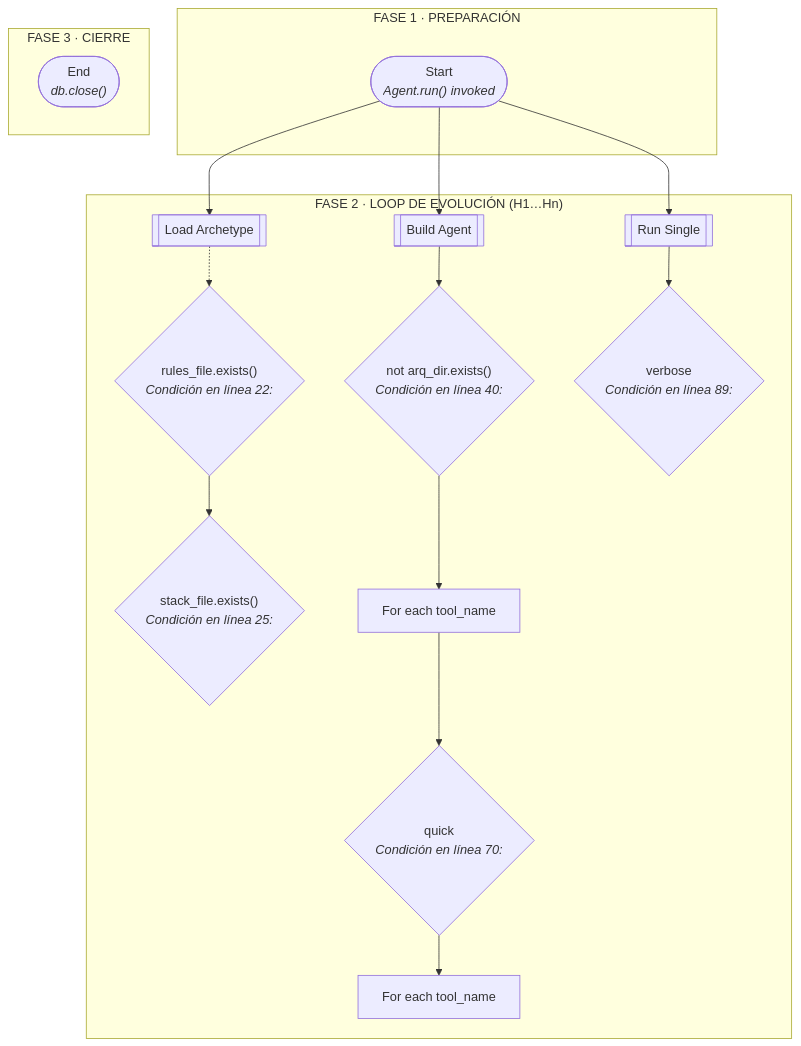
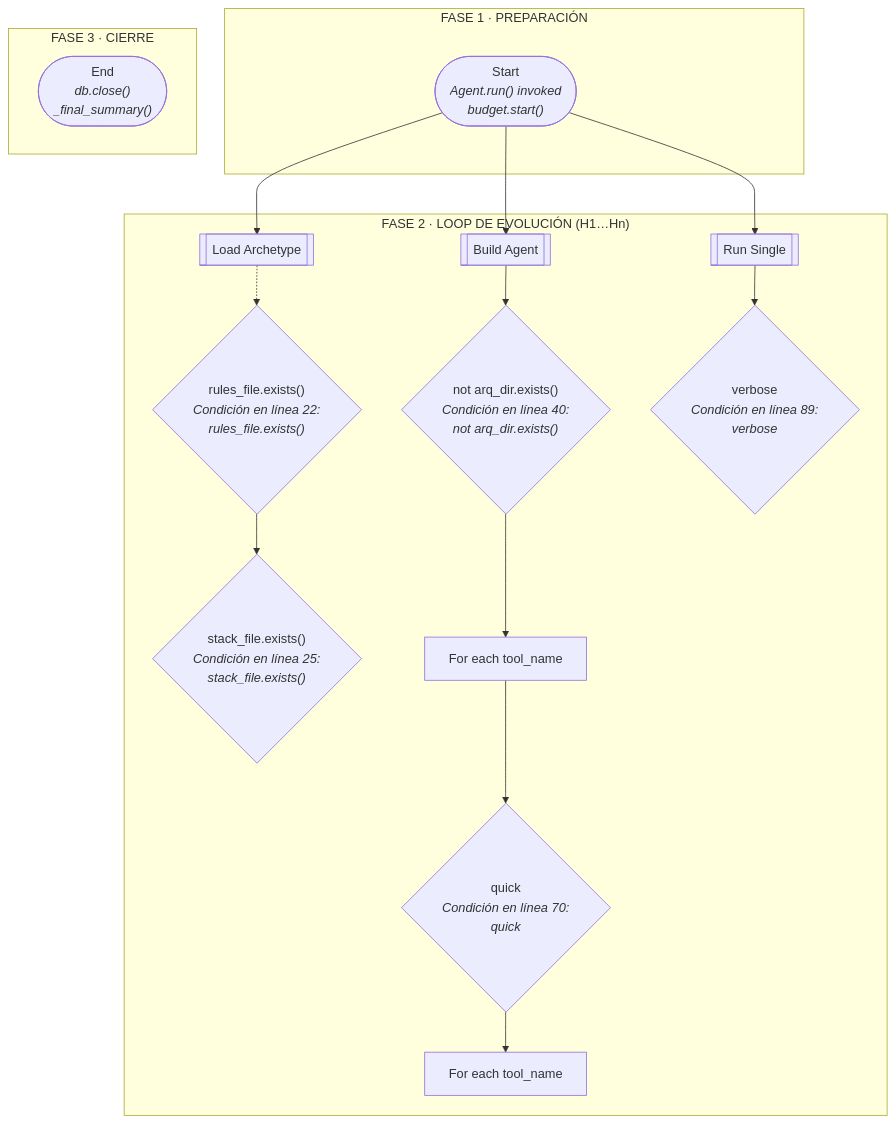
The diagram in examples/reaweb_flows/reaweb_L2_Scripts.mmd (VicenteVila/AgentFlow), drawn with Mermaid before and after one commit. The commit also changed 9 other files, not shown here.

```diff
--- a/examples/reaweb_flows/reaweb_L2_Scripts.mmd
+++ b/examples/reaweb_flows/reaweb_L2_Scripts.mmd
@@ -1,34 +1,34 @@
 %% ReaWeb · L2 · Scripts (phased)
 flowchart TD
     classDef evolution fill:#ffedd5,stroke:#ea580c,stroke-dasharray: 5 5
     classDef added fill:#a7f3d0,stroke:#065f46
     classDef removed fill:#fecaca,stroke:#991b1b,stroke-dasharray: 5 5
     classDef changed fill:#fde68a,stroke:#92400e
     subgraph n_1 ["FASE 1 · PREPARACIÓN"]
-    n_start(["Start<br><i>Agent.run() invoked</i>"])
+    n_start(["Start<br><i>Agent.run() invoked<br>budget.start()</i>"])
     end
     subgraph n_2 ["FASE 2 · LOOP DE EVOLUCIÓN (H1…Hn)"]
-    dec_22{"rules_file.exists()<br><i>Condición en línea 22:</i>"}
-    dec_40{"not arq_dir.exists()<br><i>Condición en línea 40:</i>"}
-    dec_89{"verbose<br><i>Condición en línea 89:</i>"}
-    dec_25{"stack_file.exists()<br><i>Condición en línea 25:</i>"}
+    dec_22{"rules_file.exists()<br><i>Condición en línea 22:<br>rules_file.exists()</i>"}
+    dec_40{"not arq_dir.exists()<br><i>Condición en línea 40:<br>not arq_dir.exists()</i>"}
+    dec_89{"verbose<br><i>Condición en línea 89:<br>verbose</i>"}
+    dec_25{"stack_file.exists()<br><i>Condición en línea 25:<br>stack_file.exists()</i>"}
     loop_65["For each tool_name"]
-    dec_70{"quick<br><i>Condición en línea 70:</i>"}
+    dec_70{"quick<br><i>Condición en línea 70:<br>quick</i>"}
     loop_72["For each tool_name"]
     fn_load_archetype[["Load Archetype"]]
     fn_build_agent[["Build Agent"]]
     fn_run_single[["Run Single"]]
     end
     subgraph n_3 ["FASE 3 · CIERRE"]
-    n_end(["End<br><i>db.close()</i>"])
+    n_end(["End<br><i>db.close()<br>_final_summary()</i>"])
     end
     n_start --> fn_load_archetype
     dec_22 --> dec_25
     n_start --> fn_build_agent
     fn_build_agent --> dec_40
     dec_40 --> loop_65
     loop_65 --> dec_70
     dec_70 --> loop_72
     n_start --> fn_run_single
     fn_run_single --> dec_89
     fn_load_archetype -.-> dec_22
```
